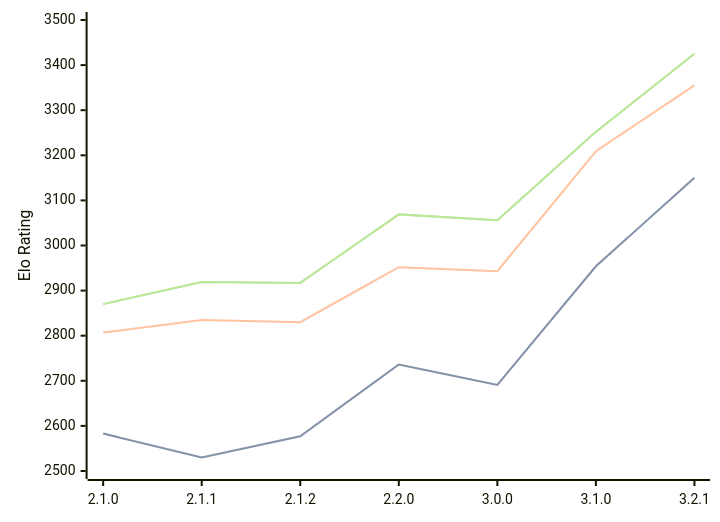
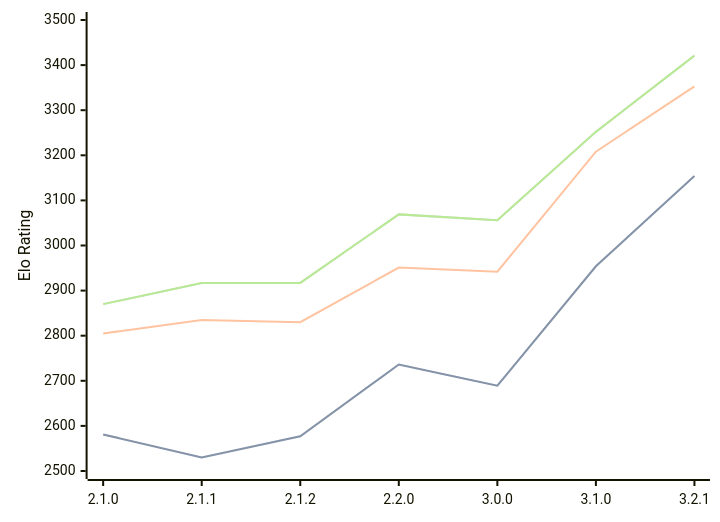
One commit to computer-chess-index/cci changed the diagram in engines/Prune.md. Above: the diagram before and after it, drawn with Mermaid. The commit also changed other lines of this file, not shown here.

Commit message:
Update CCI Ratings (ELO VLTC) - 2026-02-28

````diff
--- a/engines/Prune.md
+++ b/engines/Prune.md
@@ -40,11 +40,11 @@
 ```mermaid
 %%{init: {"theme":"base","themeVariables":{"seriesColors:['#a3a3a3','#222221','#faa371']}}}%%
 xychart-beta
   x-axis ["2.1.0", "2.1.1", "2.1.2", "2.2.0", "3.0.0", "3.1.0", "3.2.1"]
   y-axis "Elo Rating" 2500 --> 3500
-  line "STC (8.0+0.08s)" [2583, 2530, 2577, 2736, 2691, 2954, 3150]
-  line "STC (8.0+0.08s)" [2583, 2530, 2577, 2736, 2691, 2954, 3150]
-  line "LTC (60.0+0.60s)" [2807, 2835, 2830, 2952, 2943, 3209, 3355]
-  line "VLTC (2m24s+1.12s)" [2870, 2919, 2917, 3069, 3056, 3252, 3425]
-  line "VLTC (2m24s+1.12s)" [2870, 2919, 2917, 3069, 3056, 3252, 3425]
+  line "STC (8.0+0.08s)" [2581, 2530, 2577, 2736, 2689, 2954, 3154]
+  line "STC (8.0+0.08s)" [2581, 2530, 2577, 2736, 2689, 2954, 3154]
+  line "LTC (60.0+0.60s)" [2805, 2835, 2830, 2951, 2942, 3208, 3353]
+  line "VLTC (2m24s+1.12s)" [2870, 2917, 2917, 3069, 3056, 3252, 3421]
+  line "VLTC (2m24s+1.12s)" [2870, 2917, 2917, 3069, 3056, 3252, 3421]
 ```
````
